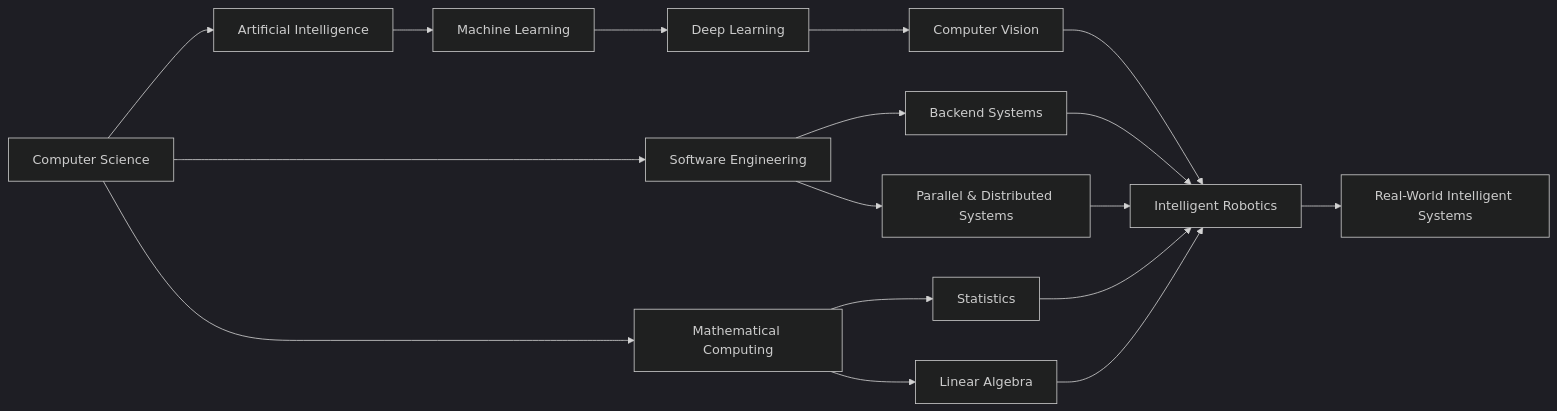
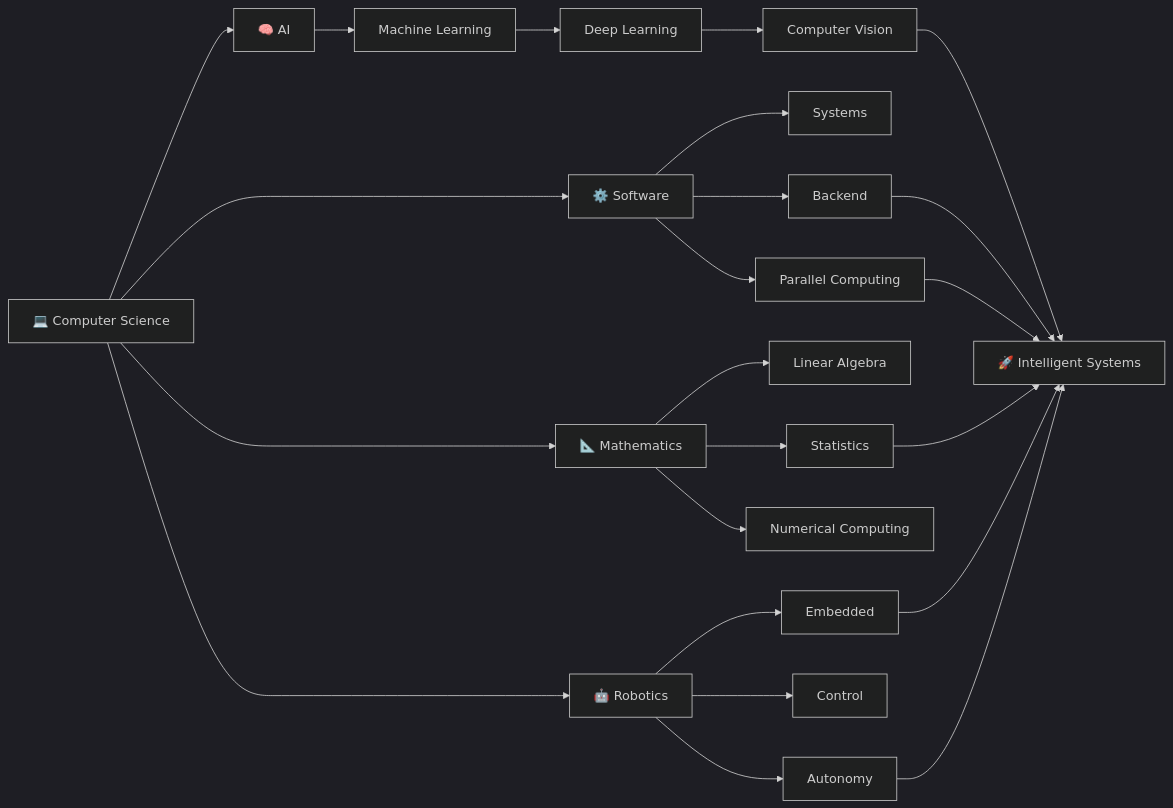
Before and after one commit to rohaan2802/rohaan2802: the diagram in README.md, drawn with Mermaid (dark theme). The commit also changed other lines of this file, not shown here.

````diff
--- a/README.md
+++ b/README.md
@@ -1177,24 +1502,33 @@
 ```mermaid
 flowchart LR
-    A[Computer Science] --> B[Software Engineering]
-    A --> C[Artificial Intelligence]
-    A --> D[Mathematical Computing]
 
-    C --> E[Machine Learning]
-    E --> F[Deep Learning]
-    F --> G[Computer Vision]
+CS["💻 Computer Science"]
 
-    B --> H[Backend Systems]
-    B --> I[Parallel & Distributed Systems]
+CS --> AI["🧠 AI"]
+CS --> SE["⚙️ Software"]
+CS --> MATH["📐 Mathematics"]
+CS --> ROB["🤖 Robotics"]
 
-    D --> J[Statistics]
-    D --> K[Linear Algebra]
+AI --> ML["Machine Learning"]
+ML --> DL["Deep Learning"]
+DL --> CV["Computer Vision"]
 
-    G --> L[Intelligent Robotics]
-    H --> L
-    I --> L
-    J --> L
-    K --> L
+SE --> SYS["Systems"]
+SE --> BACK["Backend"]
+SE --> PAR["Parallel Computing"]
 
-    L --> M[Real-World Intelligent Systems]
+MATH --> LA["Linear Algebra"]
+MATH --> STAT["Statistics"]
+MATH --> NUM["Numerical Computing"]
+
+ROB --> EMB["Embedded"]
+ROB --> CTRL["Control"]
+ROB --> AUTO["Autonomy"]
+
+CV --> INTEL["🚀 Intelligent Systems"]
+BACK --> INTEL
+PAR --> INTEL
+STAT --> INTEL
+EMB --> INTEL
+AUTO --> INTEL
 ```
````
